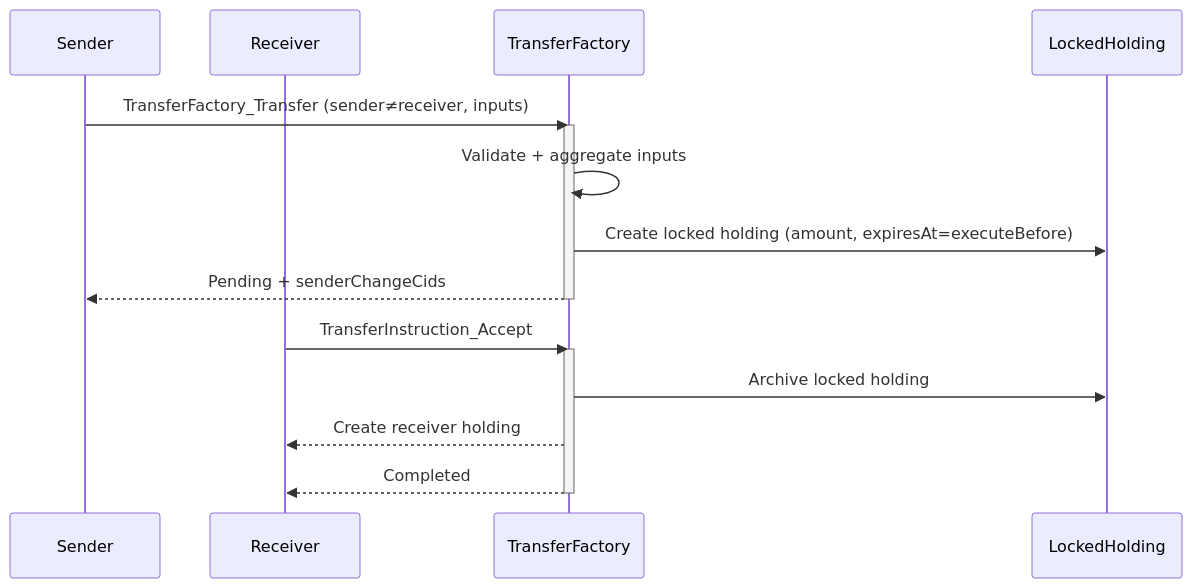
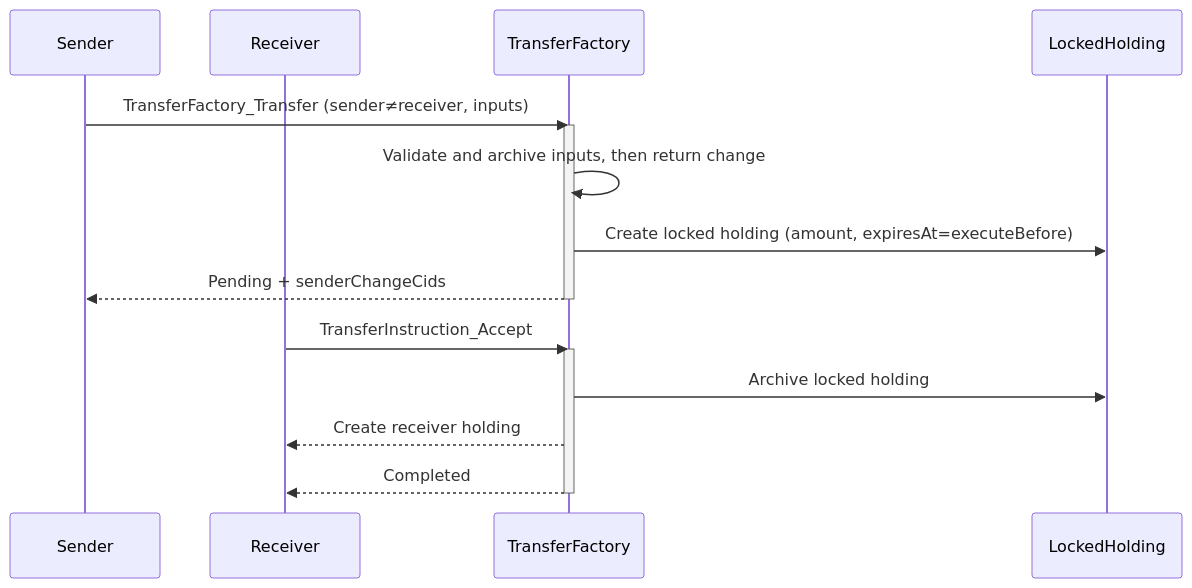
The first of 2 diagrams in README.md (AngelhackDev/daml-fungible-token), drawn with Mermaid before and after one commit. The commit also changed other lines of this file and 1 other file, not shown here.

Commit message:
doc: add DvP explanation; update diagrams

````diff
--- a/README.md
+++ b/README.md
@@ -144,21 +151,21 @@
 ```mermaid
 sequenceDiagram
   participant S as Sender
   participant R as Receiver
   participant F as TransferFactory
   participant L as LockedHolding
 
   S->>F: TransferFactory_Transfer (sender≠receiver, inputs)
   activate F
-  F->>F: Validate + aggregate inputs
+  F->>F: Validate and archive inputs, then return change
   F->>L: Create locked holding (amount, expiresAt=executeBefore)
   F-->>S: Pending + senderChangeCids
   deactivate F
 
   R->>F: TransferInstruction_Accept
   activate F
   F->>L: Archive locked holding
   F-->>R: Create receiver holding
   F-->>R: Completed
   deactivate F
 ```
````
